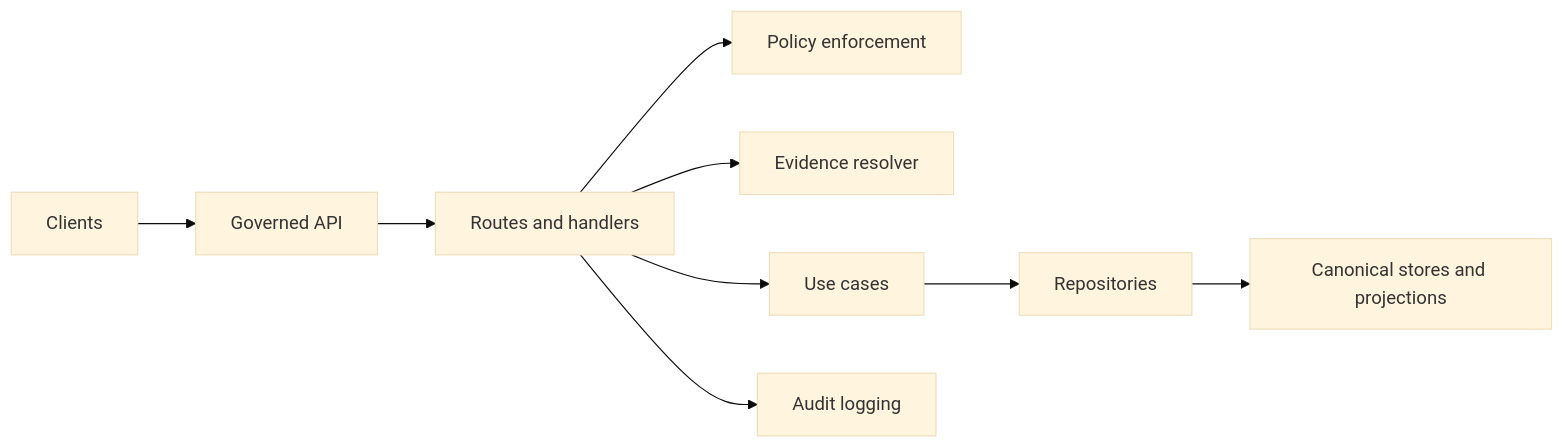
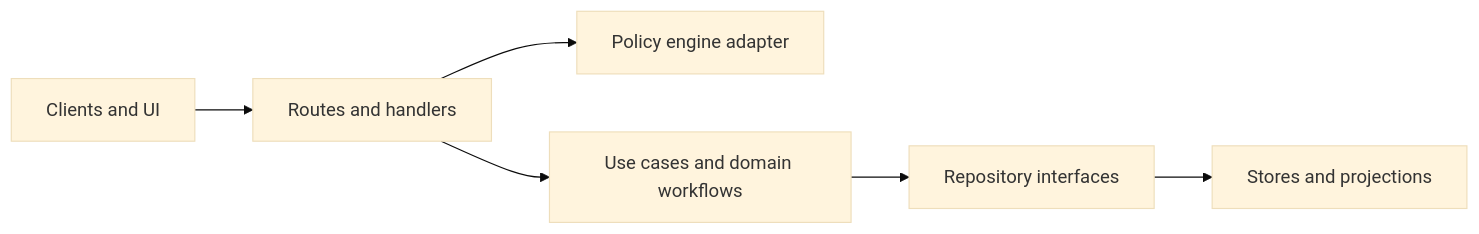
The diagram in apps/api/src/api/routes/README.md (bartytime4life/Kansas-Frontier-Matrix), drawn with Mermaid (base theme) before and after one commit. The commit also changed other lines of this file, not shown here.

First line of the commit message:
Revise README for API routes with updated metadata

````diff
--- a/apps/api/src/api/routes/README.md
+++ b/apps/api/src/api/routes/README.md
@@ -87,11 +69,8 @@
 ```mermaid
 flowchart LR
-  client[Clients] --> api[Governed API]
-  api --> routes[Routes and handlers]
-  routes --> policy[Policy enforcement]
-  routes --> evidence[Evidence resolver]
-  routes --> usecases[Use cases]
-  usecases --> repos[Repositories]
-  repos --> stores[Canonical stores and projections]
-  routes --> audit[Audit logging]
+  UI[Clients and UI] --> R[Routes and handlers]
+  R --> P[Policy engine adapter]
+  R --> U[Use cases and domain workflows]
+  U --> I[Repository interfaces]
+  I --> S[Stores and projections]
 ```
````
